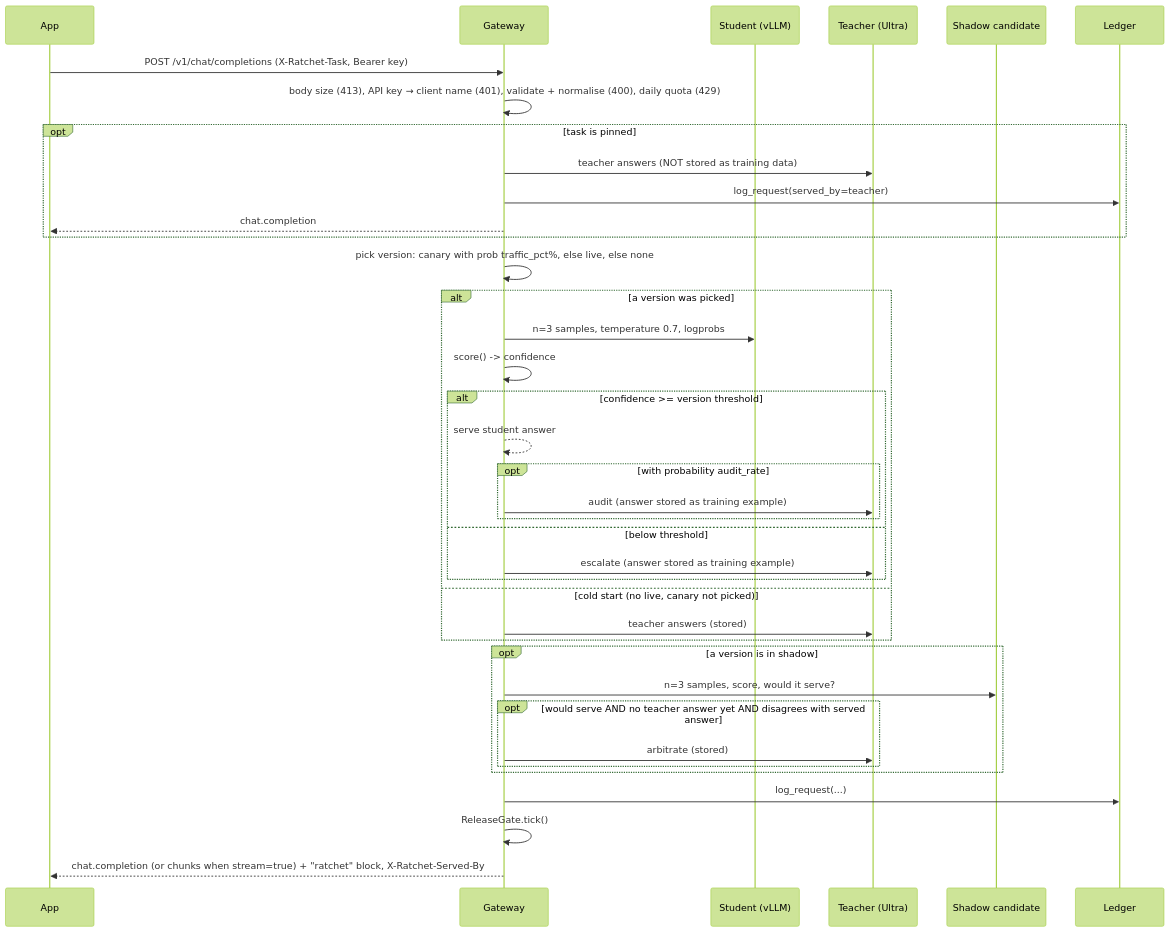
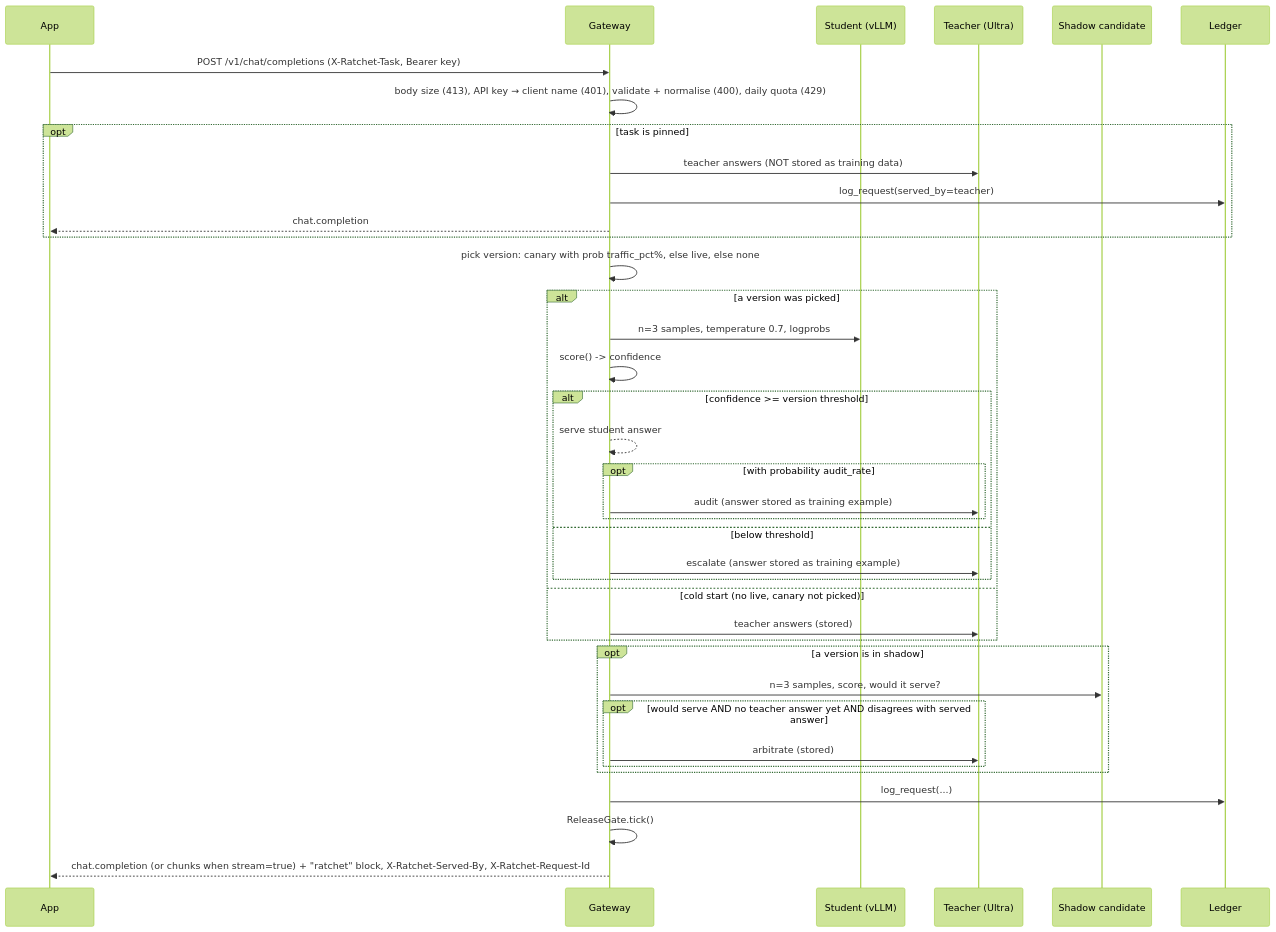
The first of 3 diagrams in docs/ARCHITECTURE.md (harshbhx/ratchet), drawn with Mermaid (forest theme) before and after one commit. The commit also changed other lines of this file and 33 other files, not shown here.

````diff
--- a/docs/ARCHITECTURE.md
+++ b/docs/ARCHITECTURE.md
@@ -78,40 +79,40 @@
 ```mermaid
 sequenceDiagram
     participant App
     participant GW as Gateway
     participant S as Student (vLLM)
     participant T as Teacher (Ultra)
     participant SH as Shadow candidate
     participant L as Ledger
     App->>GW: POST /v1/chat/completions (X-Ratchet-Task, Bearer key)
     GW->>GW: body size (413), API key → client name (401), validate + normalise (400), daily quota (429)
     opt task is pinned
         GW->>T: teacher answers (NOT stored as training data)
         GW->>L: log_request(served_by=teacher)
         GW-->>App: chat.completion
     end
     GW->>GW: pick version: canary with prob traffic_pct%, else live, else none
     alt a version was picked
         GW->>S: n=3 samples, temperature 0.7, logprobs
         GW->>GW: score() -> confidence
         alt confidence >= version threshold
             GW-->>GW: serve student answer
             opt with probability audit_rate
                 GW->>T: audit (answer stored as training example)
             end
         else below threshold
             GW->>T: escalate (answer stored as training example)
         end
     else cold start (no live, canary not picked)
         GW->>T: teacher answers (stored)
     end
     opt a version is in shadow
         GW->>SH: n=3 samples, score, would it serve?
         opt would serve AND no teacher answer yet AND disagrees with served answer
             GW->>T: arbitrate (stored)
         end
     end
     GW->>L: log_request(...)
     GW->>GW: ReleaseGate.tick()
-    GW-->>App: chat.completion (or chunks when stream=true) + "ratchet" block, X-Ratchet-Served-By
+    GW-->>App: chat.completion (or chunks when stream=true) + "ratchet" block, X-Ratchet-Served-By, X-Ratchet-Request-Id
 ```
````
